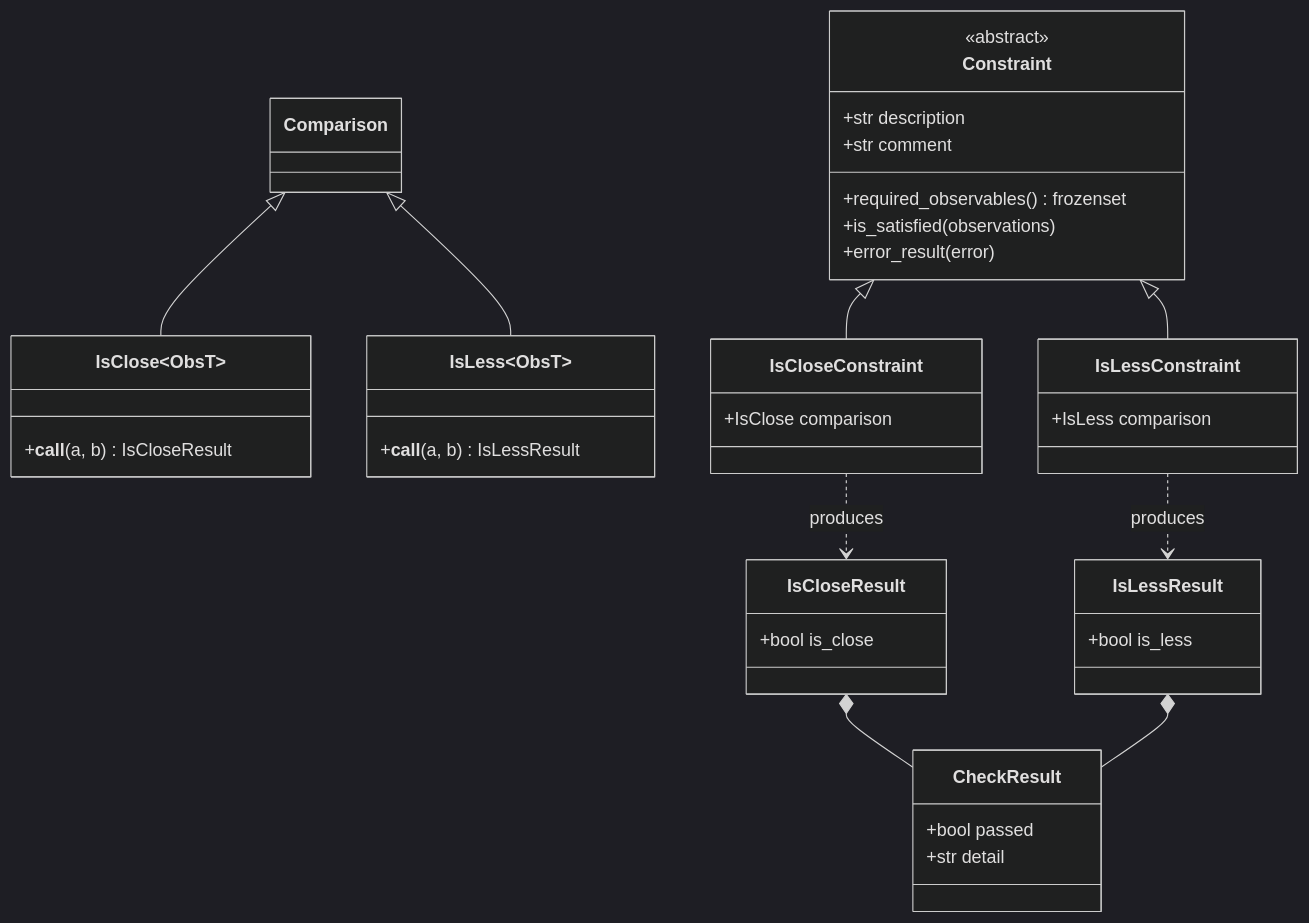
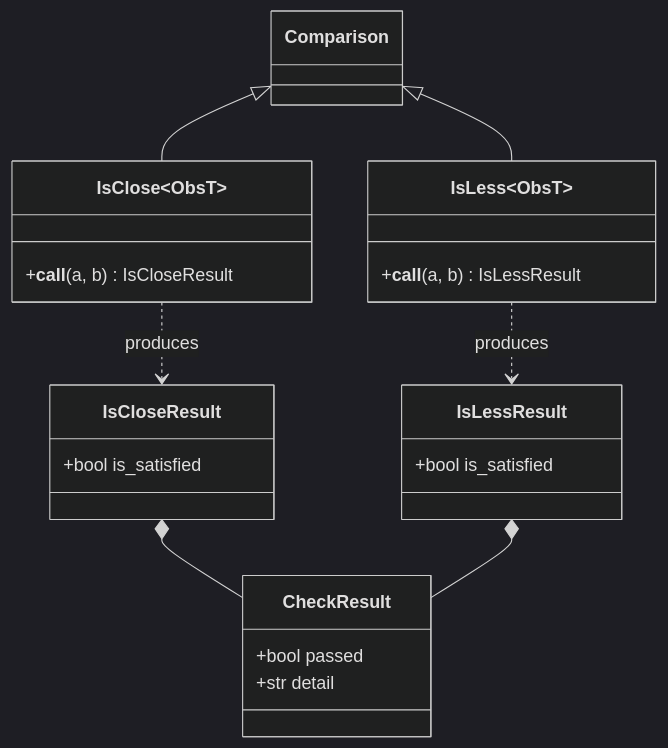
Before and after one commit to bmad-sim/pytao: the second of 7 diagrams in docs/constraints/index.md, drawn with Mermaid (dark theme). The commit also changed other lines of this file and 5 other files, not shown here.

````diff
--- a/docs/constraints/index.md
+++ b/docs/constraints/index.md
@@ -47,45 +46,28 @@
 ```mermaid
 classDiagram
     class Comparison
     class IsClose~ObsT~ {
         +__call__(a, b) IsCloseResult
     }
     class IsLess~ObsT~ {
         +__call__(a, b) IsLessResult
     }
     Comparison <|-- IsClose
     Comparison <|-- IsLess
 
-    class Constraint {
-        <<abstract>>
-        +str description
-        +str comment
-        +required_observables() frozenset
-        +is_satisfied(observations)
-        +error_result(error)
-    }
-    class IsCloseConstraint {
-        +IsClose comparison
-    }
-    class IsLessConstraint {
-        +IsLess comparison
-    }
-    Constraint <|-- IsCloseConstraint
-    Constraint <|-- IsLessConstraint
-
     class CheckResult {
         +bool passed
         +str detail
     }
     class IsCloseResult {
-        +bool is_close
+        +bool is_satisfied
     }
     class IsLessResult {
-        +bool is_less
+        +bool is_satisfied
     }
 
-    IsCloseConstraint ..> IsCloseResult : produces
-    IsLessConstraint ..> IsLessResult : produces
+    IsClose ..> IsCloseResult : produces
+    IsLess ..> IsLessResult : produces
     IsCloseResult *-- CheckResult
     IsLessResult *-- CheckResult
 ```
````
